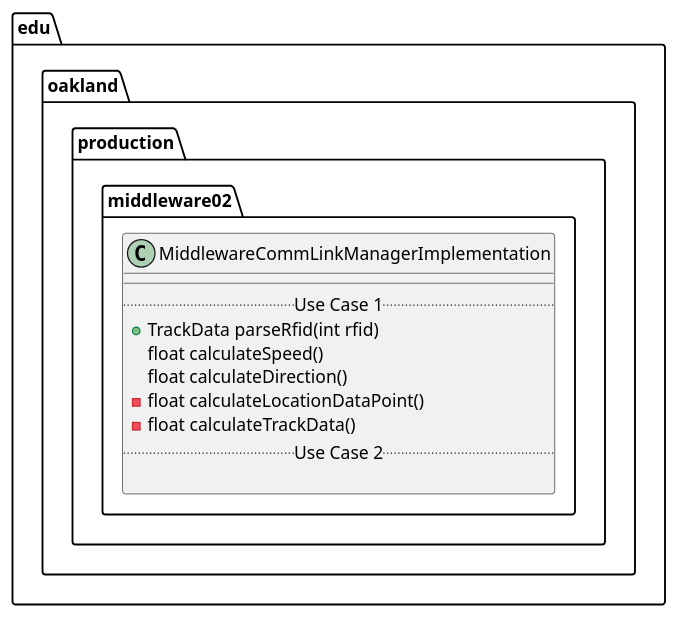
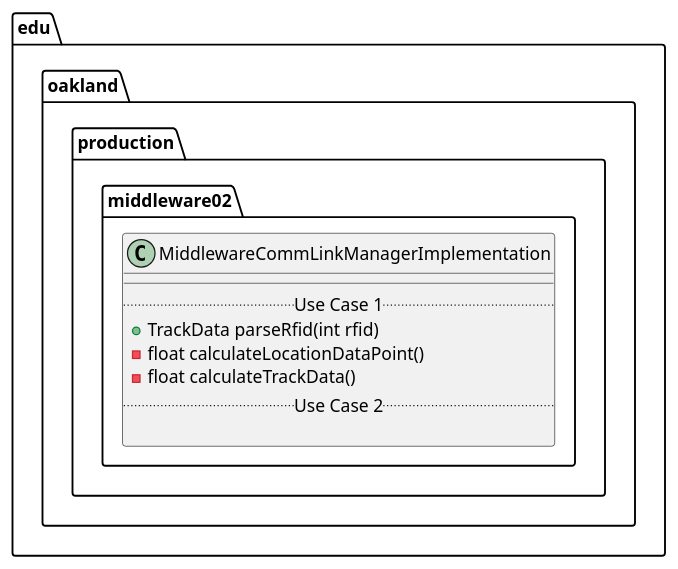
One commit to andrewdimmer/csi-3370-software-project changed the diagram in docs/uml-class-diagrams/middleware02/production/MiddlewareCommLinkManagerImplementation/MiddlewareCommLinkManagerImplementation.puml. Above: the diagram before and after it, drawn with PlantUML. The commit also changed 11 other files, not shown here.

Commit message:
[Middleware_02] Added UML Class Diagrams for TrackDataCalculator

```diff
--- a/docs/uml-class-diagrams/middleware02/production/MiddlewareCommLinkManagerImplementation/MiddlewareCommLinkManagerImplementation.puml
+++ b/docs/uml-class-diagrams/middleware02/production/MiddlewareCommLinkManagerImplementation/MiddlewareCommLinkManagerImplementation.puml
@@ -1,17 +1,15 @@
 @startuml MiddlewareCommLinkManagerImplementation
 
 package edu.oakland.production.middleware02 {
     class MiddlewareCommLinkManagerImplementation {
         __
         .. Use Case 1 ..
         + TrackData parseRfid(int rfid)
-        float calculateSpeed()
-        float calculateDirection()
         - float calculateLocationDataPoint()
         - float calculateTrackData()
         .. Use Case 2 ..
 
     }
 }
 
 @enduml
```
